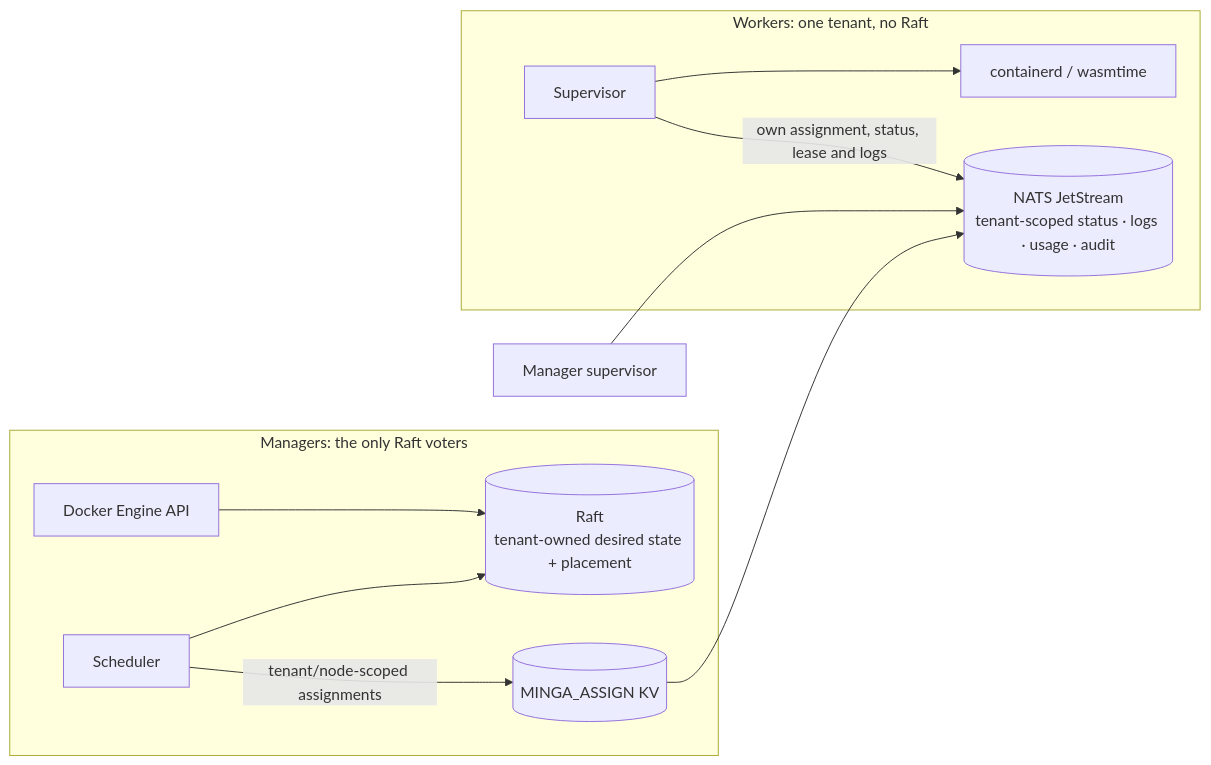
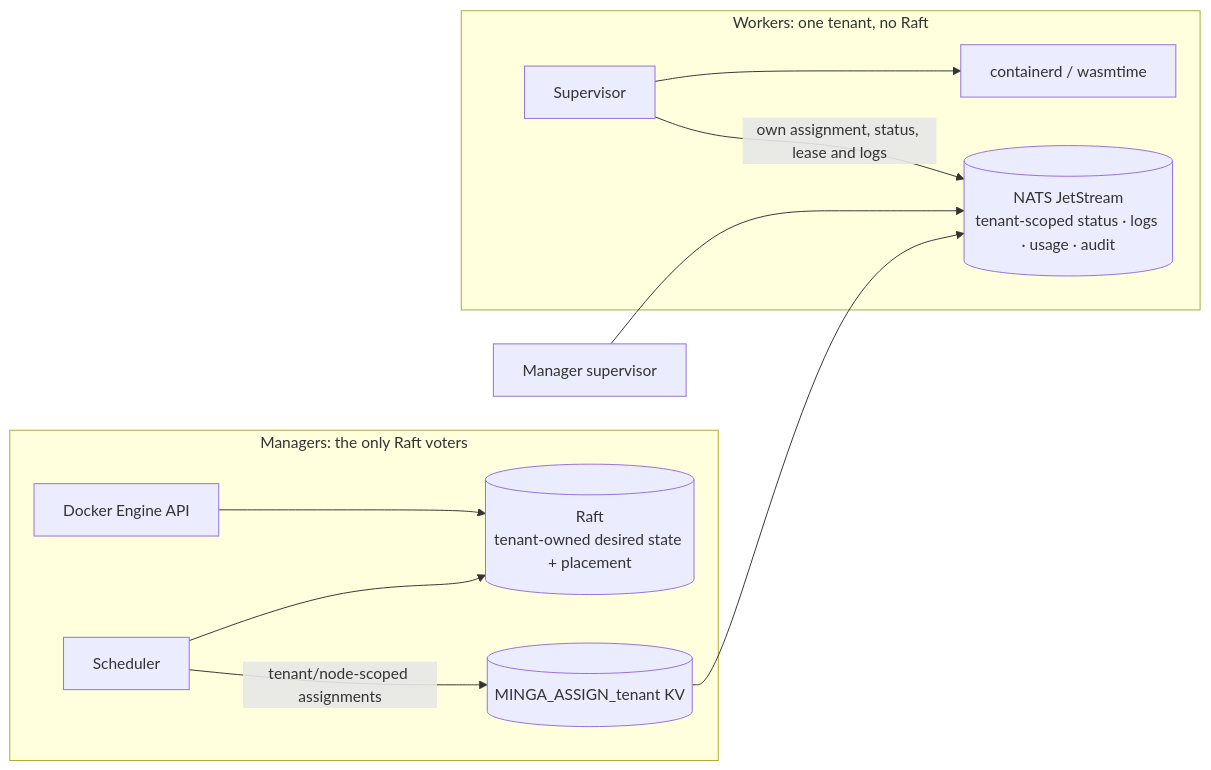
Before and after one commit to lithqube/minga: the second of 2 diagrams in docs/architecture.md, drawn with Mermaid. The commit also changed other lines of this file and 13 other files, not shown here.

````diff
--- a/docs/architecture.md
+++ b/docs/architecture.md
@@ -91,15 +91,15 @@
 ```mermaid
 flowchart LR
   subgraph managers["Managers: the only Raft voters"]
     API["Docker Engine API"] --> R[("Raft<br/>tenant-owned desired state + placement")]
     S["Scheduler"] --> R
-    S -- tenant/node-scoped assignments --> A[("MINGA_ASSIGN KV")]
+    S -- tenant/node-scoped assignments --> A[("MINGA_ASSIGN_tenant KV")]
   end
   J[("NATS JetStream<br/>tenant-scoped status · logs · usage · audit")]
   M["Manager supervisor"] --> J
   A --> J
   subgraph workers["Workers: one tenant, no Raft"]
     W["Supervisor"] --> C["containerd / wasmtime"]
     W -- own assignment, status, lease and logs --> J
   end
 ```
````
